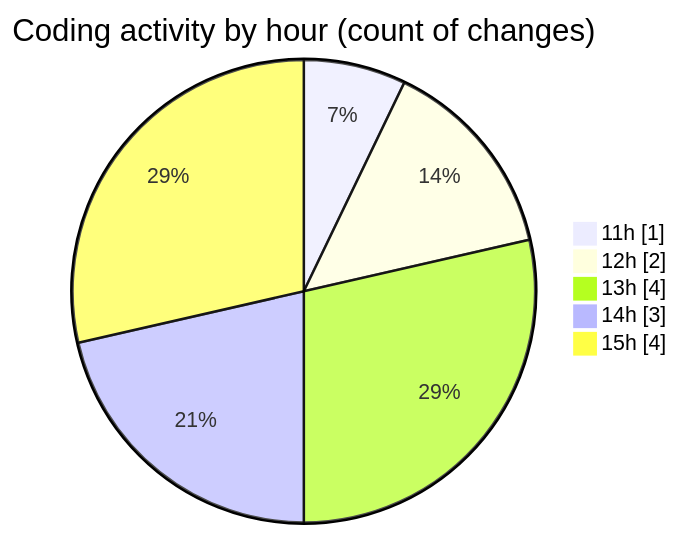
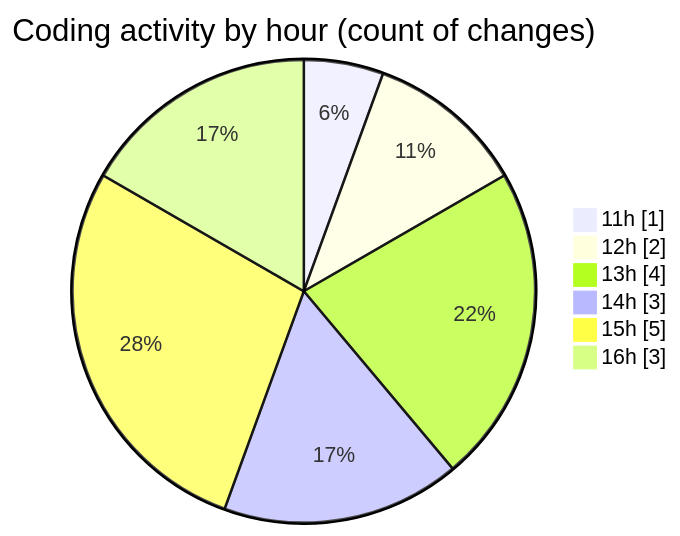
The second of 2 diagrams in 2025-07-18/urlwebwala_intership_work/README.md (Ritupan-Deka/code-tracking), drawn with Mermaid before and after one commit. The commit also changed other lines of this file and 1 other file, not shown here.

````diff
--- a/2025-07-18/urlwebwala_intership_work/README.md
+++ b/2025-07-18/urlwebwala_intership_work/README.md
@@ -29,9 +29,10 @@
 ```mermaid
 pie showData
 title Coding activity by hour (count of changes)
 "11h" : 1
 "12h" : 2
 "13h" : 4
 "14h" : 3
-"15h" : 4
+"15h" : 5
+"16h" : 3
 ```
````
